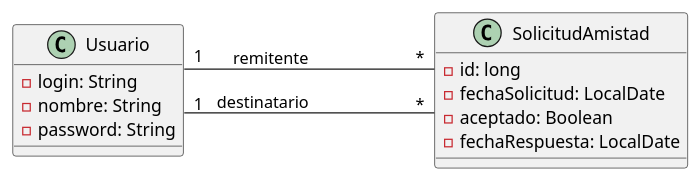
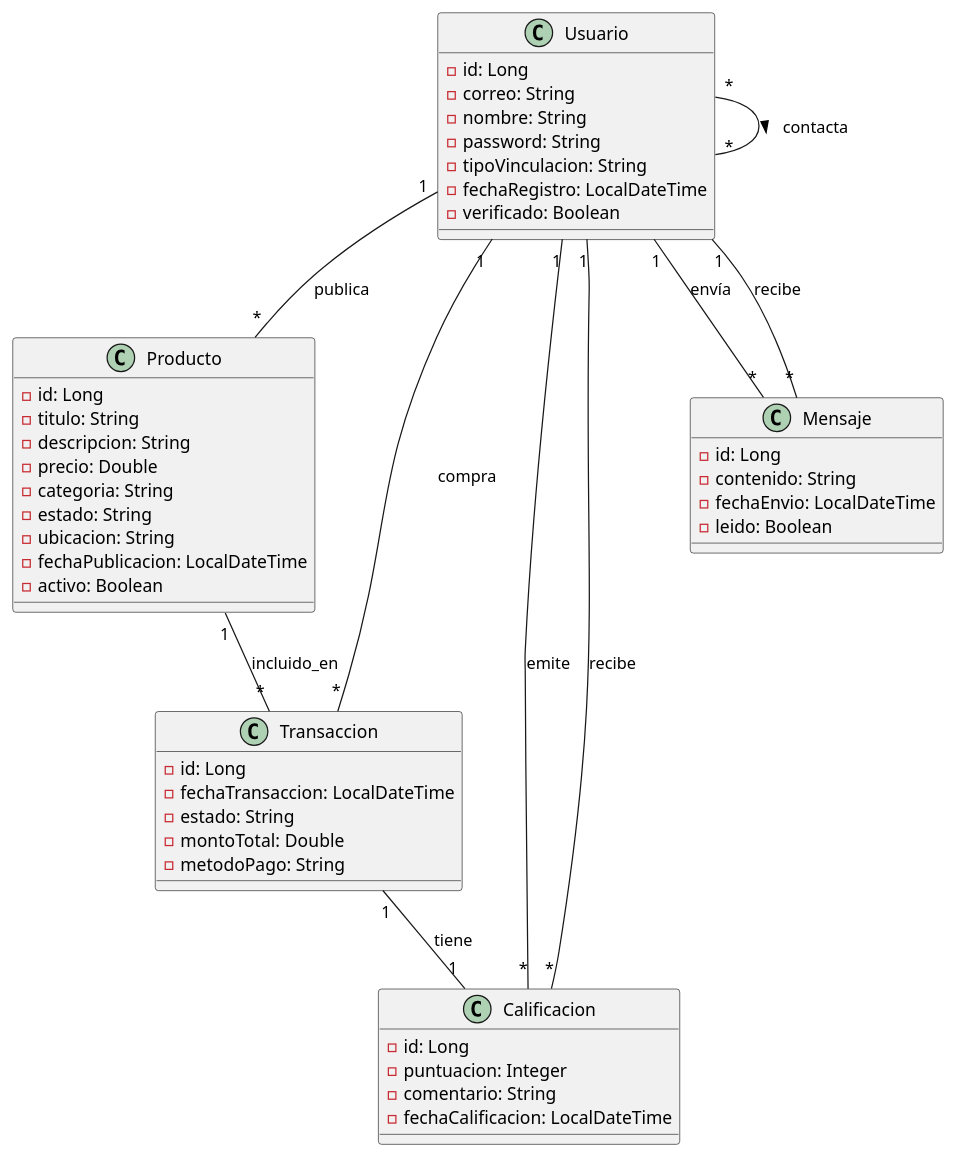
One commit to 2005-jjbs/Proyecto_Fundamentos changed the diagram in docs/modelo-clases.md. Above: the diagram before and after it, drawn with PlantUML. The commit also changed 4 other files, not shown here.

Commit message:
Diagrama de casos de uso y modelo de clases

````diff
--- a/docs/modelo-clases.md
+++ b/docs/modelo-clases.md
@@ -5,23 +5,59 @@
 ```plantuml
 @startuml
-skinparam nodesep 200
-skinparam linetype ortho
-
 class Usuario {
-  - login: String
+  - id: Long
+  - correo: String
   - nombre: String
   - password: String
+  - tipoVinculacion: String
+  - fechaRegistro: LocalDateTime
+  - verificado: Boolean
 }
 
-class SolicitudAmistad {
-  - id: long
-  - fechaSolicitud: LocalDate
-  - aceptado: Boolean
-  - fechaRespuesta: LocalDate
+class Producto {
+  - id: Long
+  - titulo: String
+  - descripcion: String
+  - precio: Double
+  - categoria: String
+  - estado: String
+  - ubicacion: String
+  - fechaPublicacion: LocalDateTime
+  - activo: Boolean
 }
 
-Usuario "1" -right- "*" SolicitudAmistad : "remitente"
-Usuario "1" -right- "*" SolicitudAmistad : "destinatario"
+class Transaccion {
+  - id: Long
+  - fechaTransaccion: LocalDateTime
+  - estado: String
+  - montoTotal: Double
+  - metodoPago: String
+}
+
+class Calificacion {
+  - id: Long
+  - puntuacion: Integer
+  - comentario: String
+  - fechaCalificacion: LocalDateTime
+}
+
+class Mensaje {
+  - id: Long
+  - contenido: String
+  - fechaEnvio: LocalDateTime
+  - leido: Boolean
+}
+
+' Relaciones principales
+Usuario "1" -- "*" Producto : publica
+Usuario "1" -- "*" Transaccion : compra
+Producto "1" -- "*" Transaccion : incluido_en
+Usuario "*" -- "*" Usuario : contacta >
+Usuario "1" -- "*" Calificacion : emite
+Usuario "1" -- "*" Calificacion : recibe
+Transaccion "1" -- "1" Calificacion : tiene
+Usuario "1" -- "*" Mensaje : envía
+Usuario "1" -- "*" Mensaje : recibe
 
 @enduml
 ```
````
